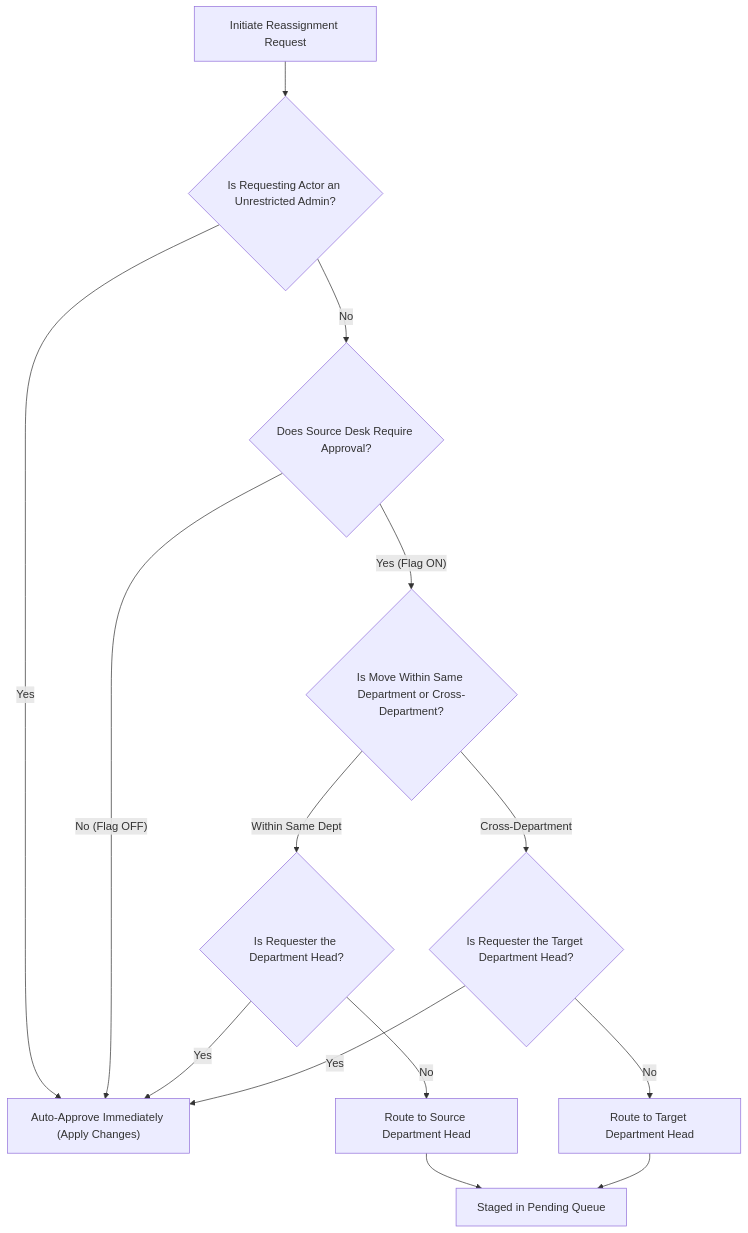
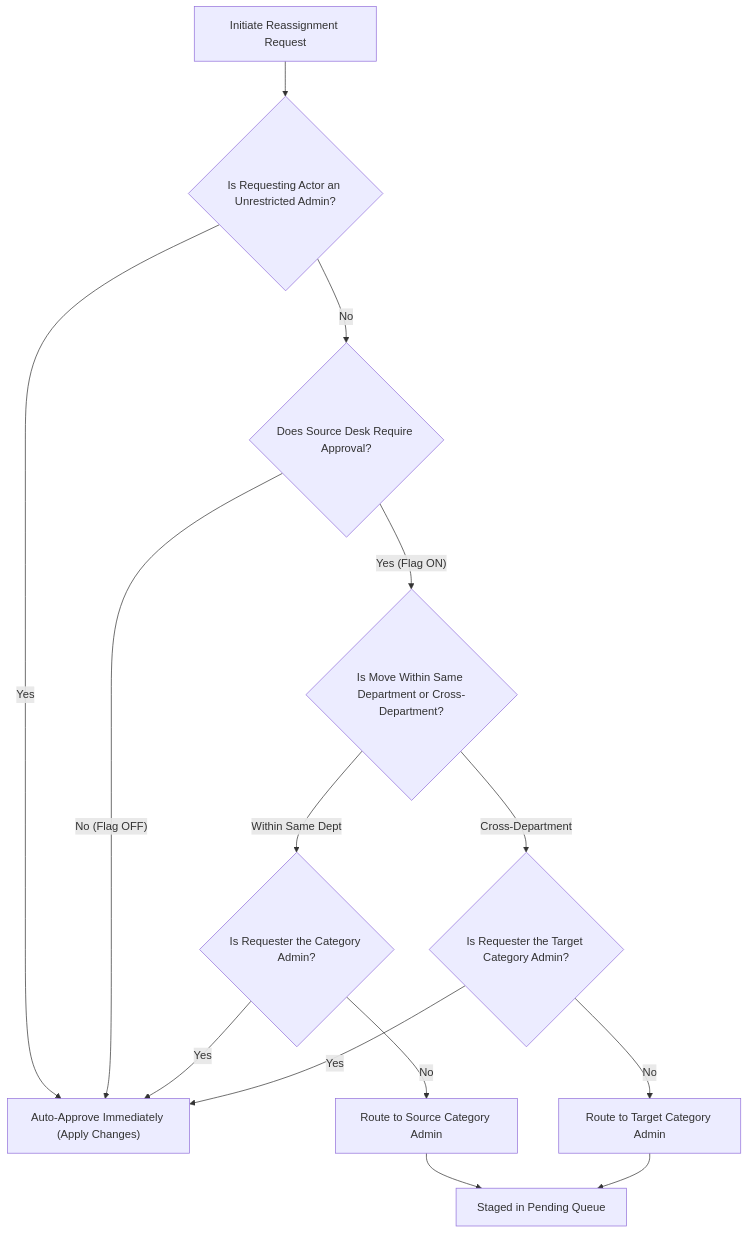
The second of 5 diagrams in docs/reassignment_architecture.md (Centre-for-Open-Societal-Systems/oan_grievance_service), drawn with Mermaid before and after one commit. The commit also changed other lines of this file and 31 other files, not shown here.

First line of the commit message:
feat(rbac): introduce Category Admin level, Desk Head role, and desk scoping authority

````diff
--- a/docs/reassignment_architecture.md
+++ b/docs/reassignment_architecture.md
@@ -64,21 +64,21 @@
 ```mermaid
 flowchart TD
     Start["Initiate Reassignment Request"] --> CheckActor{"Is Requesting Actor an Unrestricted Admin?"}
 
     CheckActor -- Yes --> ImmediateApprove["Auto-Approve Immediately (Apply Changes)"]
     CheckActor -- No --> CheckDeskFlag{"Does Source Desk Require Approval?"}
 
     CheckDeskFlag -- No (Flag OFF) --> ImmediateApprove
     CheckDeskFlag -- Yes (Flag ON) --> CheckTargetDept{"Is Move Within Same Department or Cross-Department?"}
 
-    CheckTargetDept -- "Within Same Dept" --> CheckDeptHead{"Is Requester the Department Head?"}
+    CheckTargetDept -- "Within Same Dept" --> CheckDeptHead{"Is Requester the Category Admin?"}
     CheckDeptHead -- Yes --> ImmediateApprove
-    CheckDeptHead -- No --> RouteOwnHead["Route to Source Department Head"]
+    CheckDeptHead -- No --> RouteOwnHead["Route to Source Category Admin"]
 
-    CheckTargetDept -- "Cross-Department" --> CheckTargetHead{"Is Requester the Target Department Head?"}
+    CheckTargetDept -- "Cross-Department" --> CheckTargetHead{"Is Requester the Target Category Admin?"}
     CheckTargetHead -- Yes --> ImmediateApprove
-    CheckTargetHead -- No --> RouteTargetHead["Route to Target Department Head"]
+    CheckTargetHead -- No --> RouteTargetHead["Route to Target Category Admin"]
 
     RouteOwnHead --> PendingQueue["Staged in Pending Queue"]
     RouteTargetHead --> PendingQueue
 ```
````
